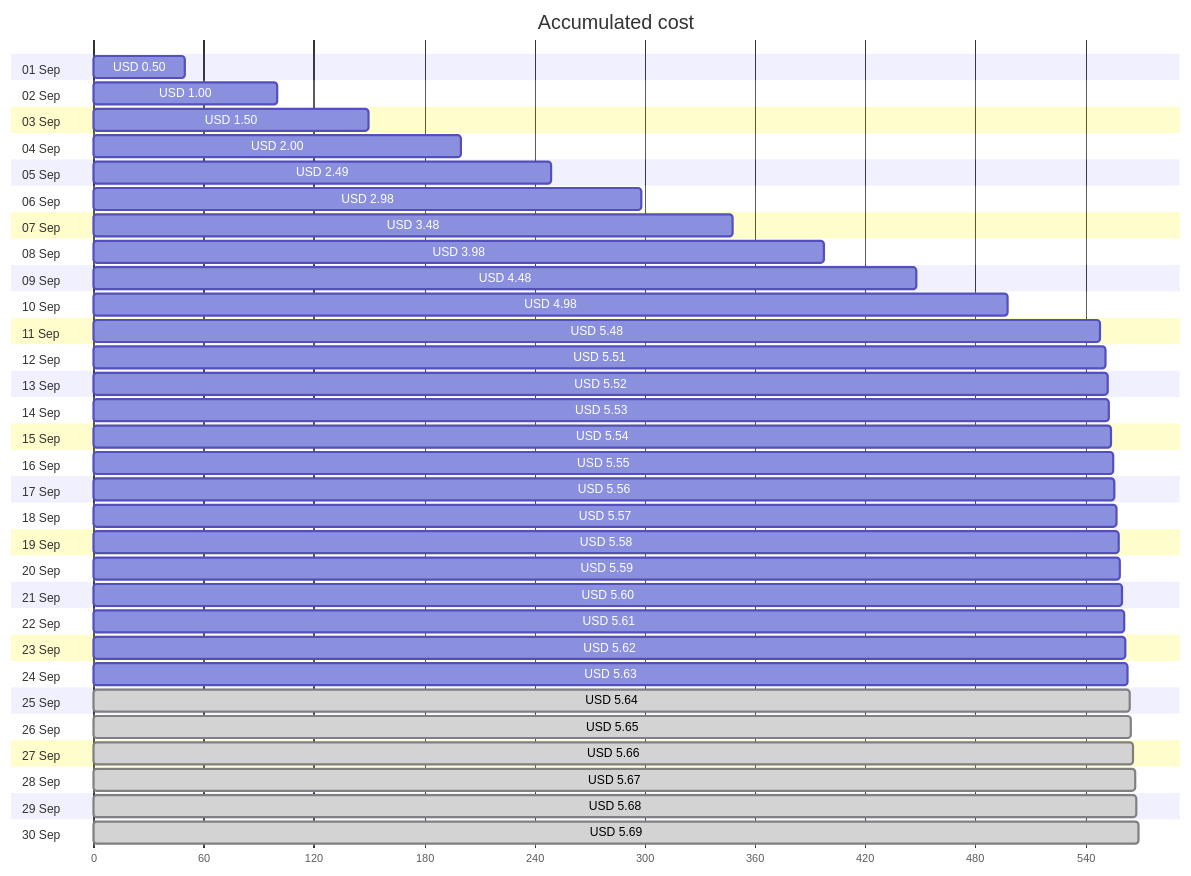
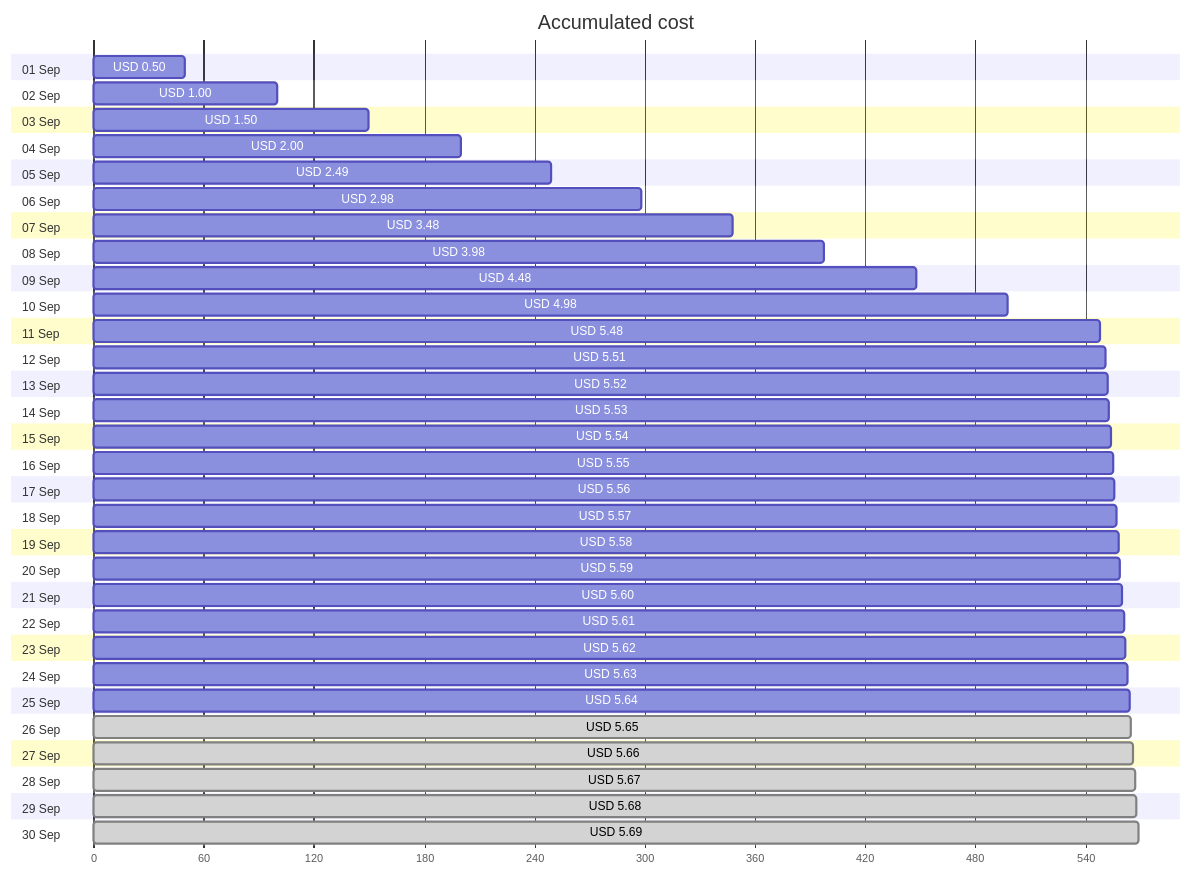
The first of 4 diagrams in cost-reports/cloud-shell-storage-eastus/README.md (jpfulton/azure-personal-reports), drawn with Mermaid before and after one commit. The commit also changed other lines of this file and 1 other file, not shown here.

````diff
--- a/cost-reports/cloud-shell-storage-eastus/README.md
+++ b/cost-reports/cloud-shell-storage-eastus/README.md
@@ -20,66 +20,66 @@
 ```mermaid
 gantt
    title Accumulated cost
    dateFormat  X
    axisFormat %s
    section 01 Sep
    USD 0.50 :0, 50
    section 02 Sep
    USD 1.00 :0, 100
    section 03 Sep
    USD 1.50 :0, 150
    section 04 Sep
    USD 2.00 :0, 200
    section 05 Sep
    USD 2.49 :0, 249
    section 06 Sep
    USD 2.98 :0, 298
    section 07 Sep
    USD 3.48 :0, 348
    section 08 Sep
    USD 3.98 :0, 398
    section 09 Sep
    USD 4.48 :0, 448
    section 10 Sep
    USD 4.98 :0, 498
    section 11 Sep
    USD 5.48 :0, 548
    section 12 Sep
    USD 5.51 :0, 551
    section 13 Sep
    USD 5.52 :0, 552
    section 14 Sep
    USD 5.53 :0, 553
    section 15 Sep
    USD 5.54 :0, 554
    section 16 Sep
    USD 5.55 :0, 555
    section 17 Sep
    USD 5.56 :0, 556
    section 18 Sep
    USD 5.57 :0, 557
    section 19 Sep
    USD 5.58 :0, 558
    section 20 Sep
    USD 5.59 :0, 559
    section 21 Sep
    USD 5.60 :0, 560
    section 22 Sep
    USD 5.61 :0, 561
    section 23 Sep
    USD 5.62 :0, 562
    section 24 Sep
    USD 5.63 :0, 563
    section 25 Sep
-   USD 5.64 : done, 0, 564
+   USD 5.64 :0, 564
    section 26 Sep
    USD 5.65 : done, 0, 565
    section 27 Sep
    USD 5.66 : done, 0, 566
    section 28 Sep
    USD 5.67 : done, 0, 567
    section 29 Sep
    USD 5.68 : done, 0, 568
    section 30 Sep
    USD 5.69 : done, 0, 569
 ```
````
